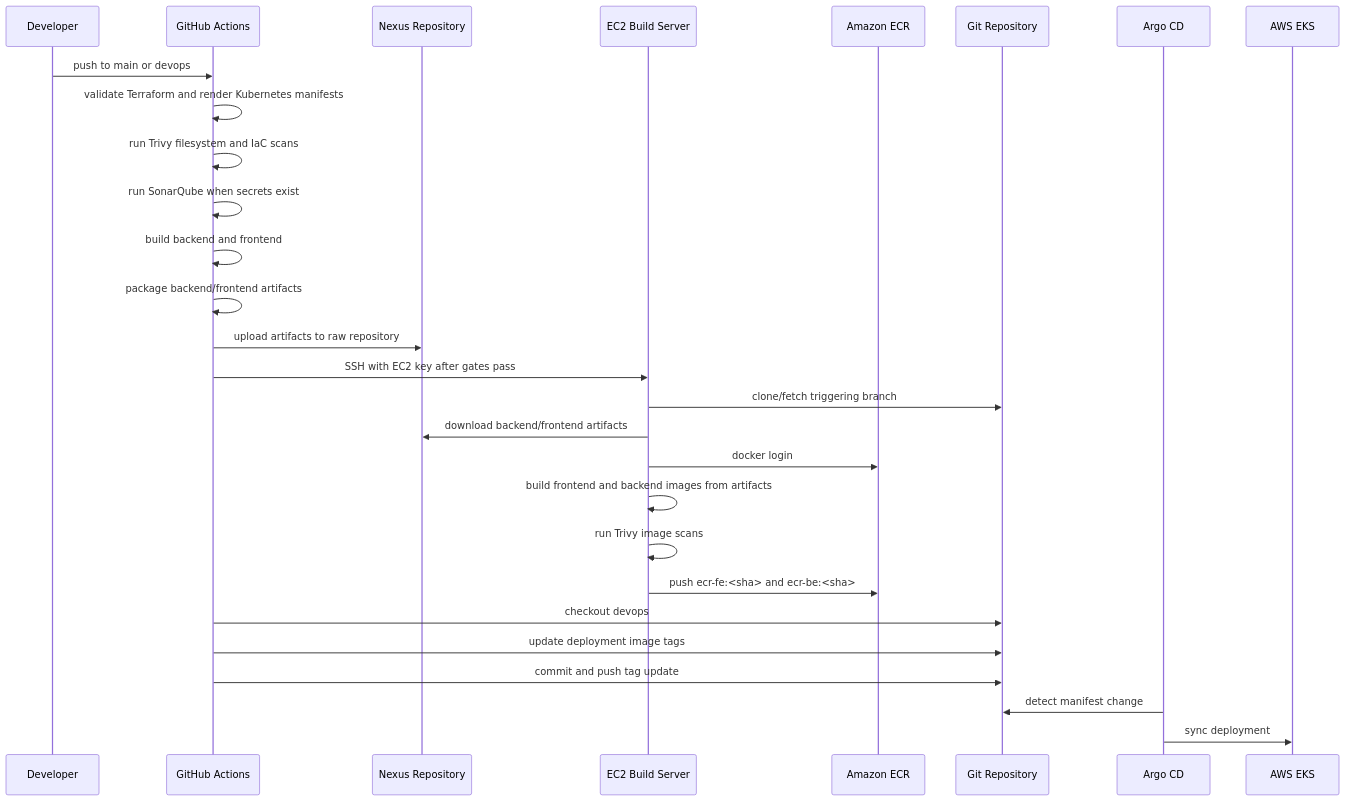
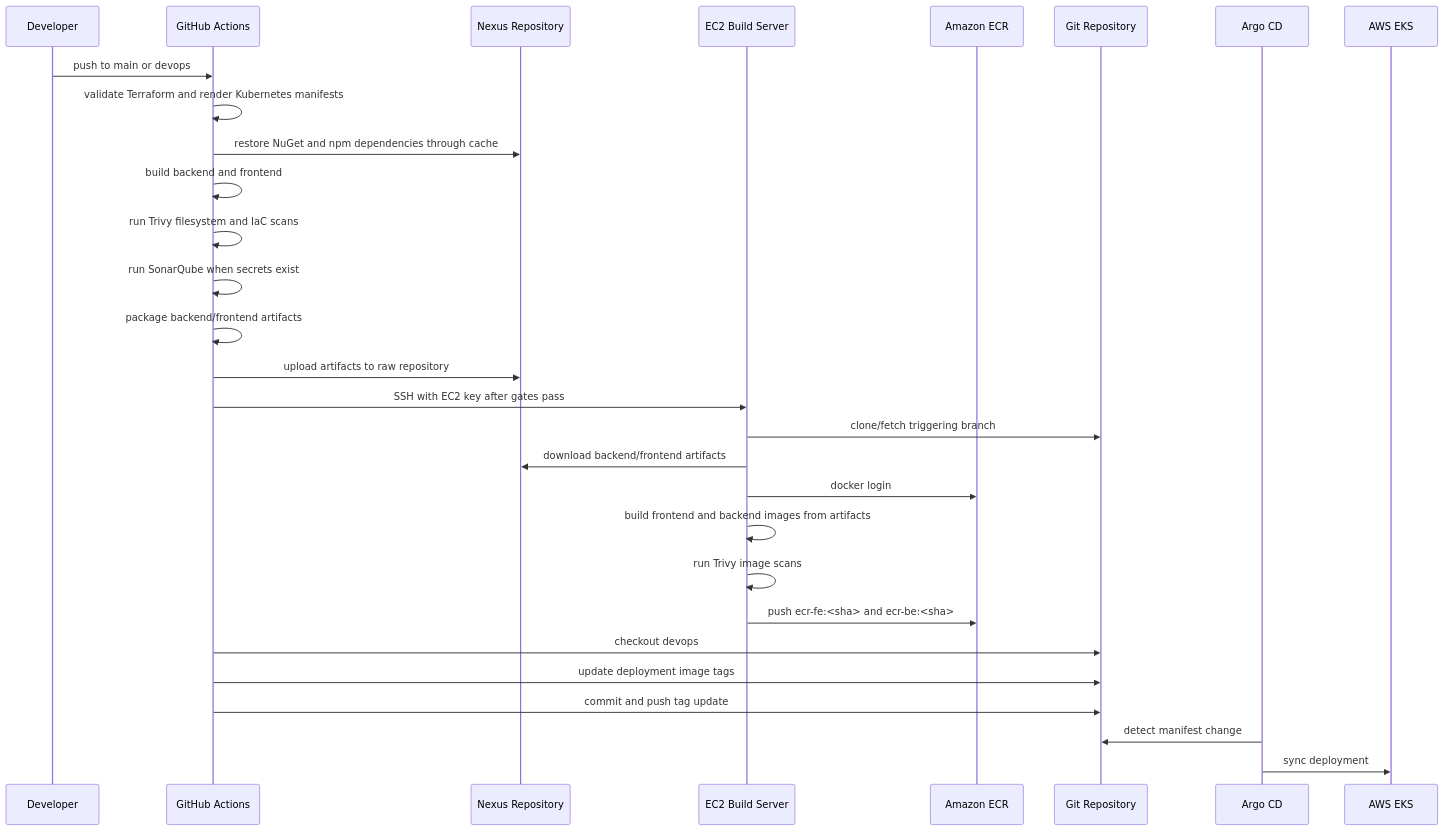
Before and after one commit to Kien-devops/eks-cicd-argocd-sec-monitor: the second of 2 diagrams in .github/workflows/README.md, drawn with Mermaid. The commit also changed other lines of this file and 2 other files, not shown here.

Commit message:
ci: restore dependencies through nexus cache

````diff
--- a/.github/workflows/README.md
+++ b/.github/workflows/README.md
@@ -45,31 +47,32 @@
 ```mermaid
 sequenceDiagram
   participant Dev as Developer
   participant GH as GitHub Actions
   participant Nexus as Nexus Repository
   participant EC2 as EC2 Build Server
   participant ECR as Amazon ECR
   participant Git as Git Repository
   participant Argo as Argo CD
   participant EKS as AWS EKS
 
   Dev->>GH: push to main or devops
   GH->>GH: validate Terraform and render Kubernetes manifests
+  GH->>Nexus: restore NuGet and npm dependencies through cache
+  GH->>GH: build backend and frontend
   GH->>GH: run Trivy filesystem and IaC scans
   GH->>GH: run SonarQube when secrets exist
-  GH->>GH: build backend and frontend
   GH->>GH: package backend/frontend artifacts
   GH->>Nexus: upload artifacts to raw repository
   GH->>EC2: SSH with EC2 key after gates pass
   EC2->>Git: clone/fetch triggering branch
   EC2->>Nexus: download backend/frontend artifacts
   EC2->>ECR: docker login
   EC2->>EC2: build frontend and backend images from artifacts
   EC2->>EC2: run Trivy image scans
   EC2->>ECR: push ecr-fe:<sha> and ecr-be:<sha>
   GH->>Git: checkout devops
   GH->>Git: update deployment image tags
   GH->>Git: commit and push tag update
   Argo->>Git: detect manifest change
   Argo->>EKS: sync deployment
 ```
````
